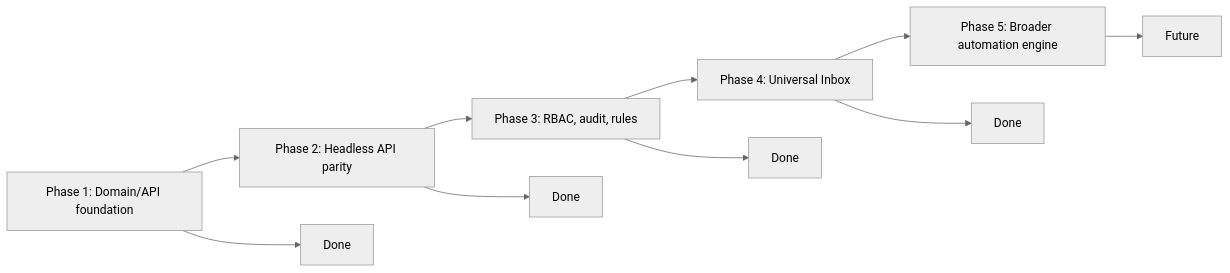
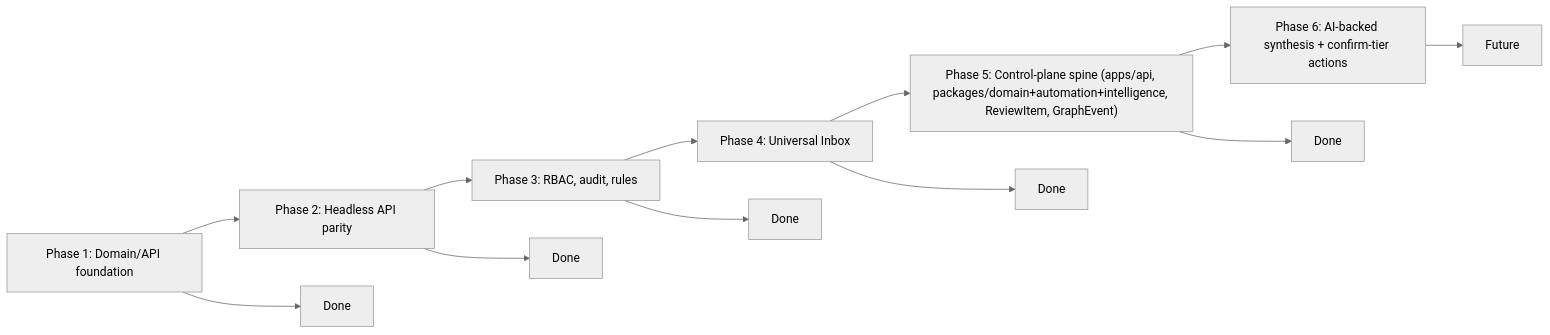
One commit to josephdfryer/life-os changed diagram 22 of 22 in docs/PERSONS_ARCHITECTURE.md. Above: the diagram before and after it, drawn with Mermaid (neutral theme). The commit also changed other lines of this file, not shown here.

````diff
--- a/docs/PERSONS_ARCHITECTURE.md
+++ b/docs/PERSONS_ARCHITECTURE.md
@@ -738,13 +858,15 @@
 ```mermaid
 flowchart LR
   P1["Phase 1: Domain/API foundation"] --> P2["Phase 2: Headless API parity"]
   P2 --> P3["Phase 3: RBAC, audit, rules"]
   P3 --> P4["Phase 4: Universal Inbox"]
-  P4 --> P5["Phase 5: Broader automation engine"]
+  P4 --> P5["Phase 5: Control-plane spine (apps/api, packages/domain+automation+intelligence, ReviewItem, GraphEvent)"]
+  P5 --> P6["Phase 6: AI-backed synthesis + confirm-tier actions"]
 
   P1 --> Done1["Done"]
   P2 --> Done2["Done"]
   P3 --> Done3["Done"]
   P4 --> Done4["Done"]
-  P5 --> Future["Future"]
+  P5 --> Done5["Done"]
+  P6 --> Future["Future"]
 ```
````
